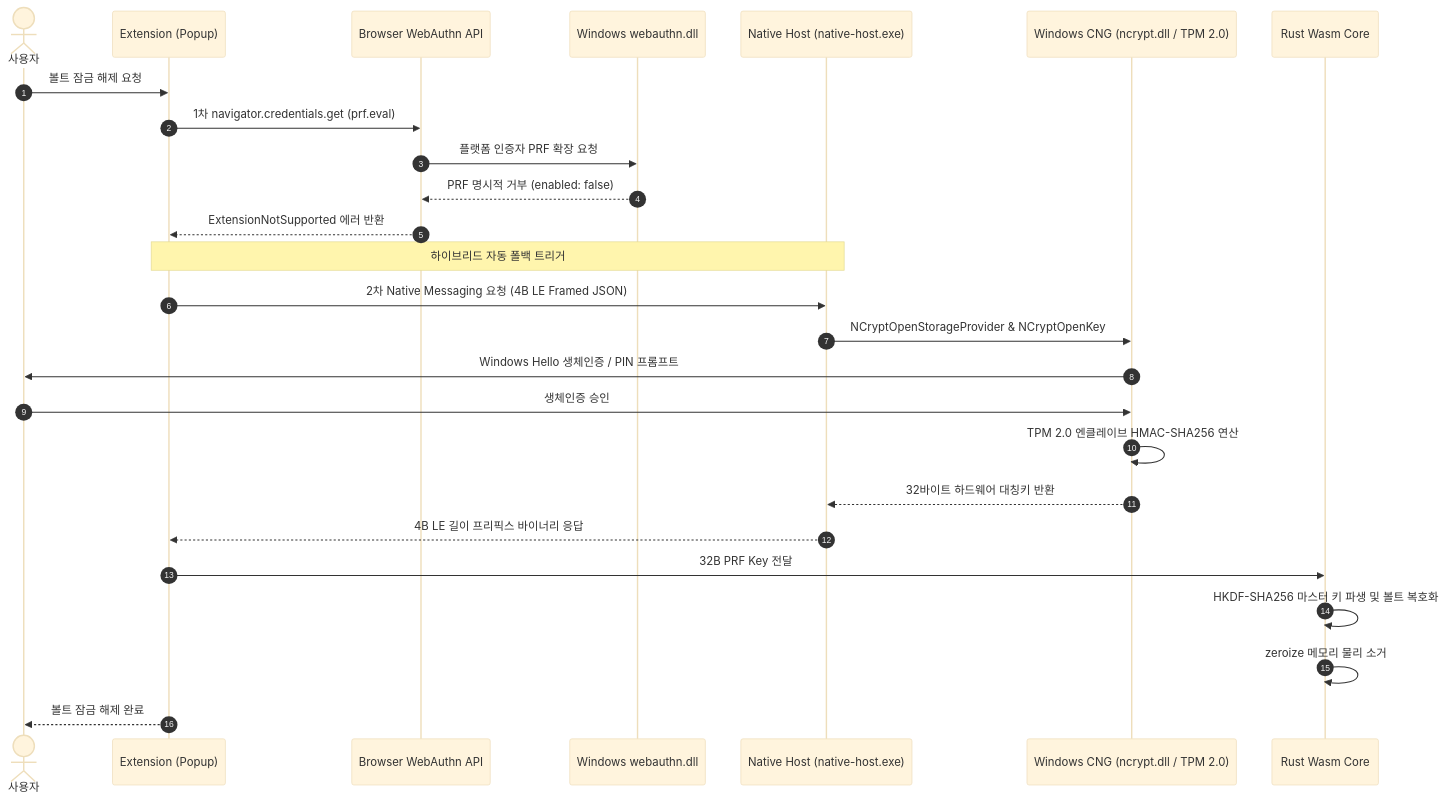
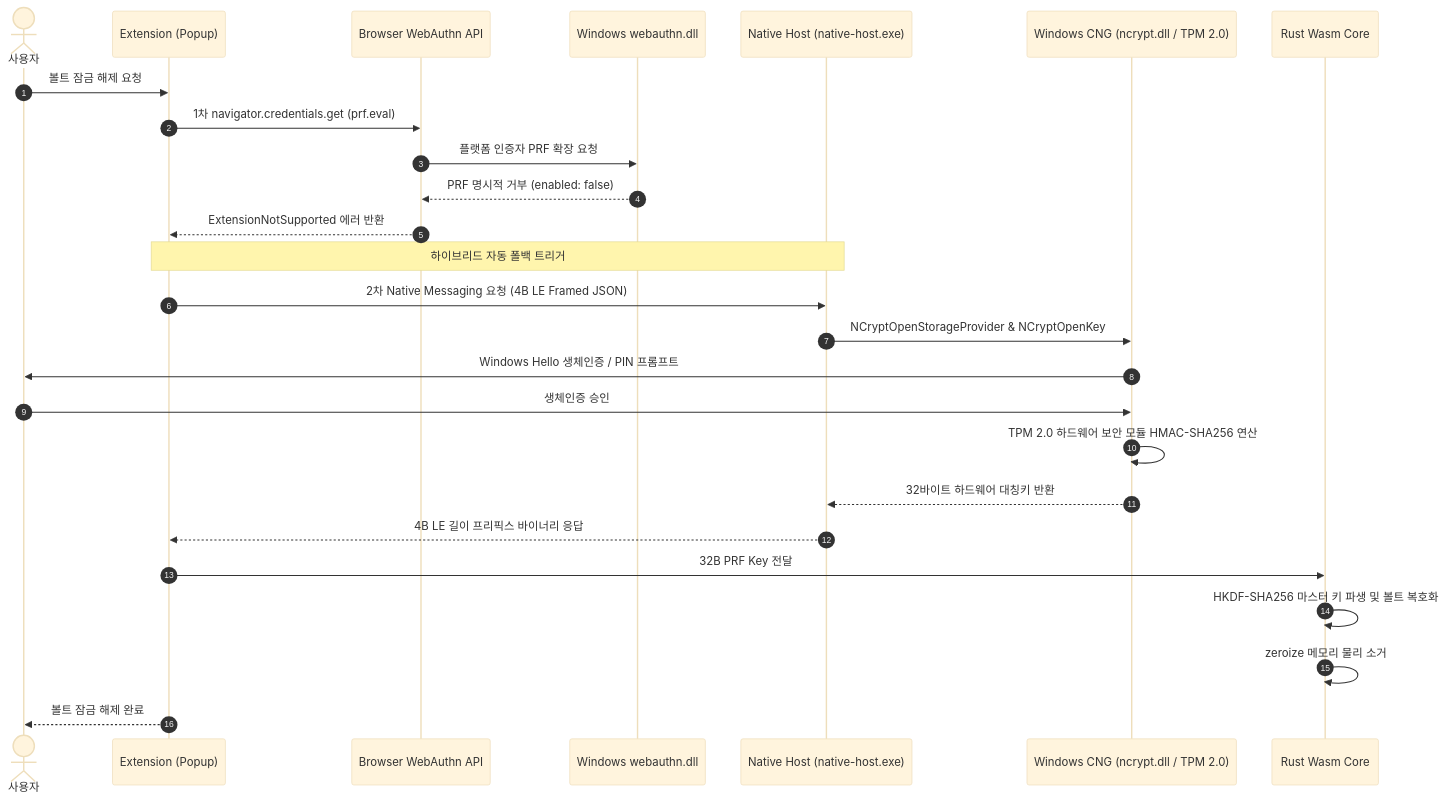
The diagram in docs/posts/proj-prfvault-02-os-block-and-cng-hybrid-pipeline.md (mmmphyun/security-agent-toolkit), drawn with Mermaid (base theme) before and after one commit. The commit also changed other lines of this file, not shown here.

Commit message:
refactor(prfvault): TPM 하드웨어 용어 표준화 및 비격식·과장 표현 정제

````diff
--- a/docs/posts/proj-prfvault-02-os-block-and-cng-hybrid-pipeline.md
+++ b/docs/posts/proj-prfvault-02-os-block-and-cng-hybrid-pipeline.md
@@ -27,29 +27,29 @@
 ```mermaid
 sequenceDiagram
     autonumber
     actor User as 사용자
     participant Ext as Extension (Popup)
     participant Browser as Browser WebAuthn API
     participant OS as Windows webauthn.dll
     participant NativeHost as Native Host (native-host.exe)
     participant CNG as Windows CNG (ncrypt.dll / TPM 2.0)
     participant Wasm as Rust Wasm Core
 
     User->>Ext: 볼트 잠금 해제 요청
     Ext->>Browser: 1차 navigator.credentials.get (prf.eval)
     Browser->>OS: 플랫폼 인증자 PRF 확장 요청
     OS-->>Browser: PRF 명시적 거부 (enabled: false)
     Browser-->>Ext: ExtensionNotSupported 에러 반환
     Note over Ext,NativeHost: 하이브리드 자동 폴백 트리거
     Ext->>NativeHost: 2차 Native Messaging 요청 (4B LE Framed JSON)
     NativeHost->>CNG: NCryptOpenStorageProvider & NCryptOpenKey
     CNG->>User: Windows Hello 생체인증 / PIN 프롬프트
     User->>CNG: 생체인증 승인
-    CNG->>CNG: TPM 2.0 엔클레이브 HMAC-SHA256 연산
+    CNG->>CNG: TPM 2.0 하드웨어 보안 모듈 HMAC-SHA256 연산
     CNG-->>NativeHost: 32바이트 하드웨어 대칭키 반환
     NativeHost-->>Ext: 4B LE 길이 프리픽스 바이너리 응답
     Ext->>Wasm: 32B PRF Key 전달
     Wasm->>Wasm: HKDF-SHA256 마스터 키 파생 및 볼트 복호화
     Wasm->>Wasm: zeroize 메모리 물리 소거
     Ext-->>User: 볼트 잠금 해제 완료
 ```
````
